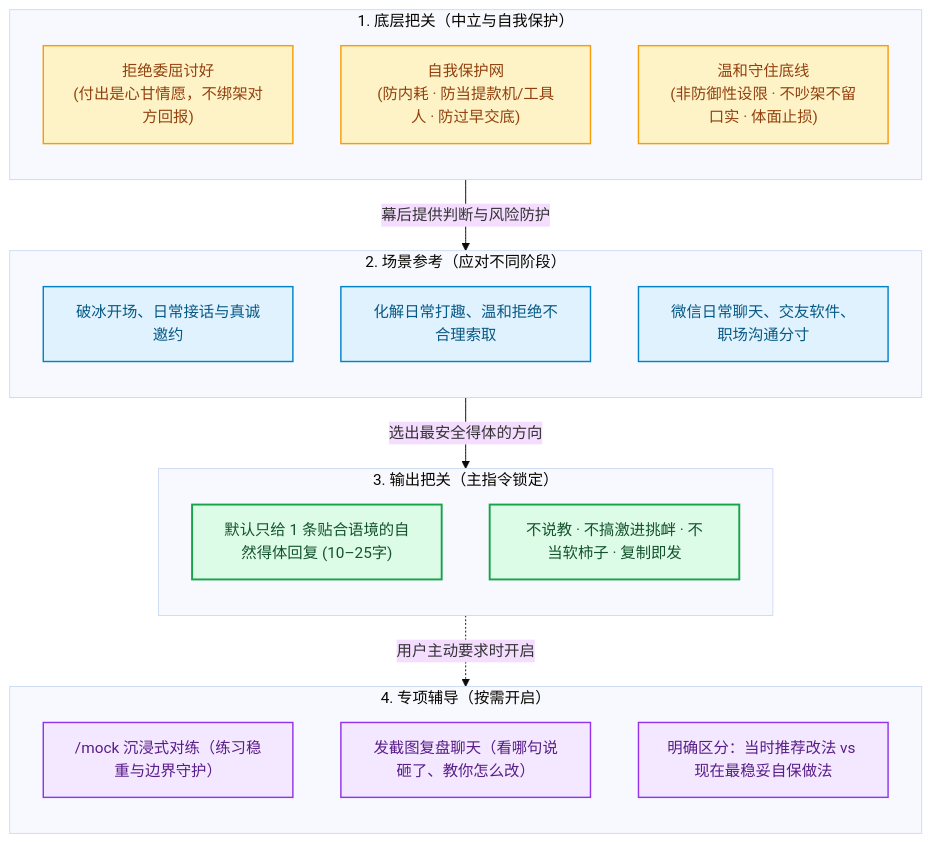
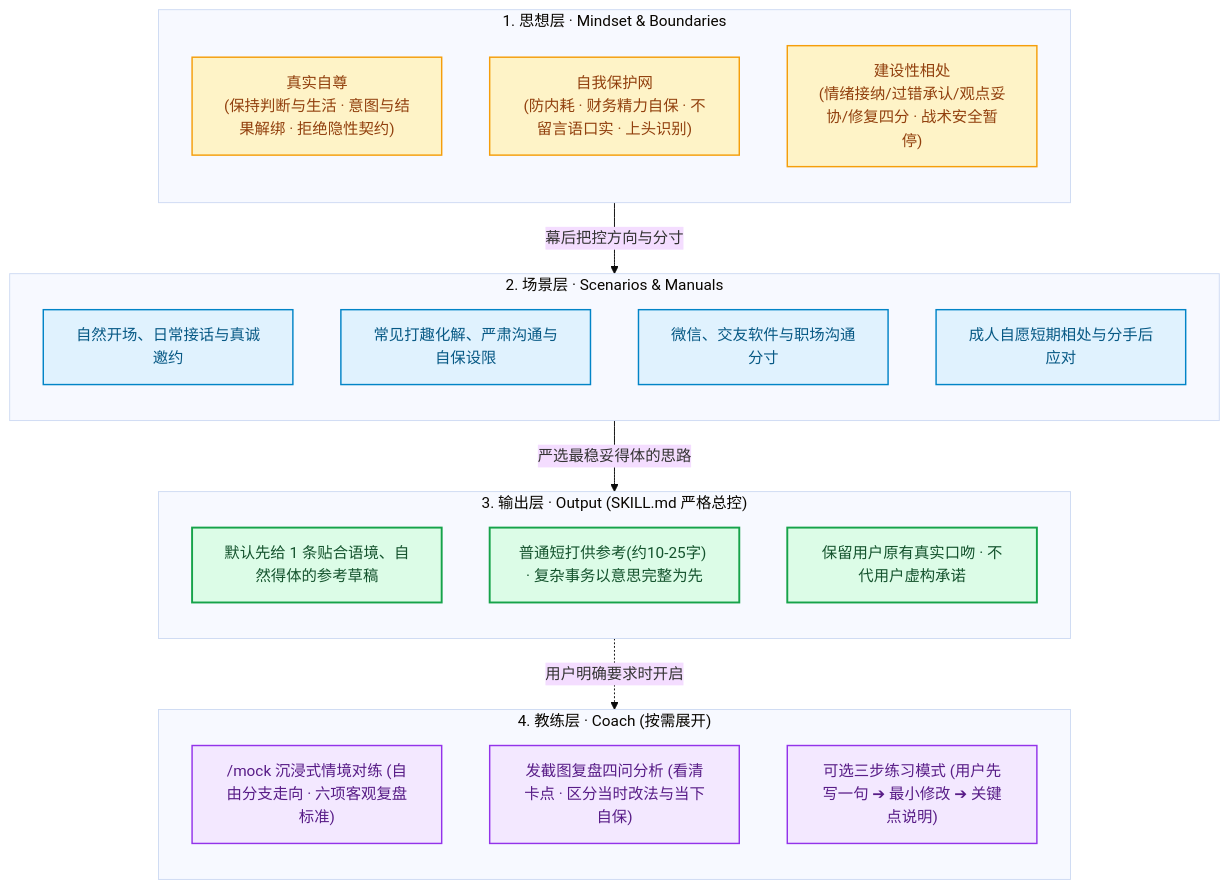
Before and after one commit to CAoyinggo/emotional-push-pull: the first of 2 diagrams in README.md, drawn with Mermaid (base theme). The commit also changed other lines of this file and 27 other files, not shown here.

````diff
--- a/README.md
+++ b/README.md
@@ -48,43 +140,45 @@
 ```mermaid
 flowchart TD
-    subgraph L1["1. 底层把关（中立与自我保护）"]
+    subgraph L1["1. 思想层 · Mindset & Boundaries"]
         direction TB
-        P1["拒绝委屈讨好<br/>(付出是心甘情愿，不绑架对方回报)"]
-        P2["自我保护网<br/>(防内耗 · 防当提款机/工具人 · 防过早交底)"]
-        P3["温和守住底线<br/>(非防御性设限 · 不吵架不留口实 · 体面止损)"]
+        P1["真实自尊<br/>(保持判断与生活 · 意图与结果解绑 · 拒绝隐性契约)"]
+        P2["自我保护网<br/>(防内耗 · 财务精力自保 · 不留言语口实 · 上头识别)"]
+        P3["建设性相处<br/>(情绪接纳/过错承认/观点妥协/修复四分 · 战术安全暂停)"]
     end
 
-    subgraph L2["2. 场景参考（应对不同阶段）"]
+    subgraph L2["2. 场景层 · Scenarios & Manuals"]
         direction TB
-        S1["破冰开场、日常接话与真诚邀约"]
-        S2["化解日常打趣、温和拒绝不合理索取"]
-        S3["微信日常聊天、交友软件、职场沟通分寸"]
+        S1["自然开场、日常接话与真诚邀约"]
+        S2["常见打趣化解、严肃沟通与自保设限"]
+        S3["微信、交友软件与职场沟通分寸"]
+        S4["成人自愿短期相处与分手后应对"]
     end
 
-    subgraph L3["3. 输出把关（主指令锁定）"]
+    subgraph L3["3. 输出层 · Output (SKILL.md 严格总控)"]
         direction TB
-        O1["默认只给 1 条贴合语境的自然得体回复 (10–25字)"]
-        O2["不说教 · 不搞激进挑衅 · 不当软柿子 · 复制即发"]
+        O1["默认先给 1 条贴合语境、自然得体的参考草稿"]
+        O2["普通短打供参考(约10-25字) · 复杂事务以意思完整为先"]
+        O3["保留用户原有真实口吻 · 不代用户虚构承诺"]
     end
 
-    subgraph L4["4. 专项辅导（按需开启）"]
+    subgraph L4["4. 教练层 · Coach (按需展开)"]
         direction TB
-        C1["/mock 沉浸式对练（练习稳重与边界守护）"]
-        C2["发截图复盘聊天（看哪句说砸了、教你怎么改）"]
-        C3["明确区分：当时推荐改法 vs 现在最稳妥自保做法"]
+        C1["/mock 沉浸式情境对练 (自由分支走向 · 六项客观复盘标准)"]
+        C2["发截图复盘四问分析 (看清卡点 · 区分当时改法与当下自保)"]
+        C3["可选三步练习模式 (用户先写一句 ➔ 最小修改 ➔ 关键点说明)"]
     end
 
-    L1 -->|幕后提供判断与风险防护| L2
-    L2 -->|选出最安全得体的方向| L3
-    L3 -.->|用户主动要求时开启| L4
+    L1 -->|幕后把控方向与分寸| L2
+    L2 -->|严选最稳妥得体的思路| L3
+    L3 -.->|用户明确要求时开启| L4
 
     classDef phil fill:#fef3c7,stroke:#f59e0b,stroke-width:1.5px,color:#92400e;
     classDef scen fill:#e0f2fe,stroke:#0284c7,stroke-width:1.5px,color:#075985;
     classDef outp fill:#dcfce7,stroke:#16a34a,stroke-width:2px,color:#14532d;
     classDef coac fill:#f3e8ff,stroke:#9333ea,stroke-width:1.5px,color:#581c87;
 
     class P1,P2,P3 phil;
-    class S1,S2,S3 scen;
-    class O1,O2 outp;
+    class S1,S2,S3,S4 scen;
+    class O1,O2,O3 outp;
     class C1,C2,C3 coac;
 ```
````
